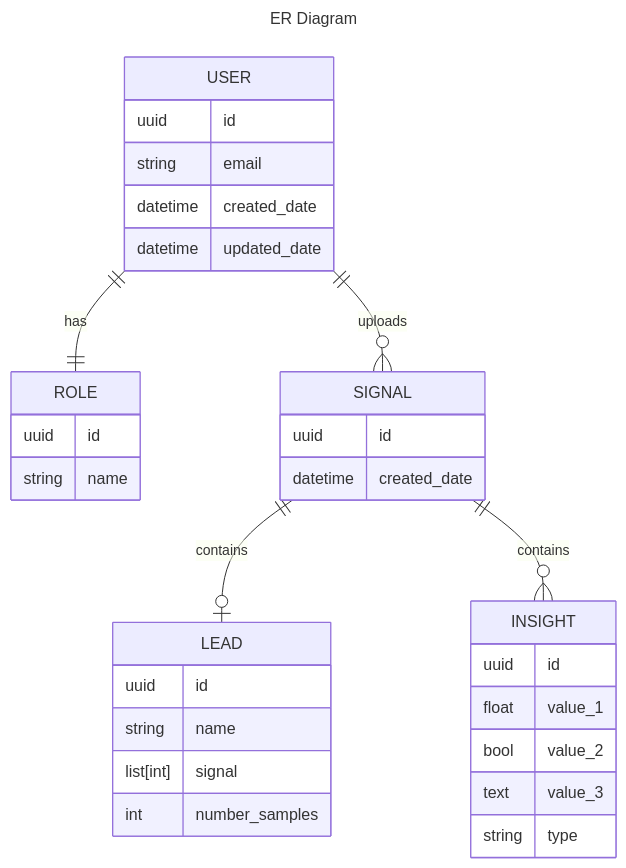
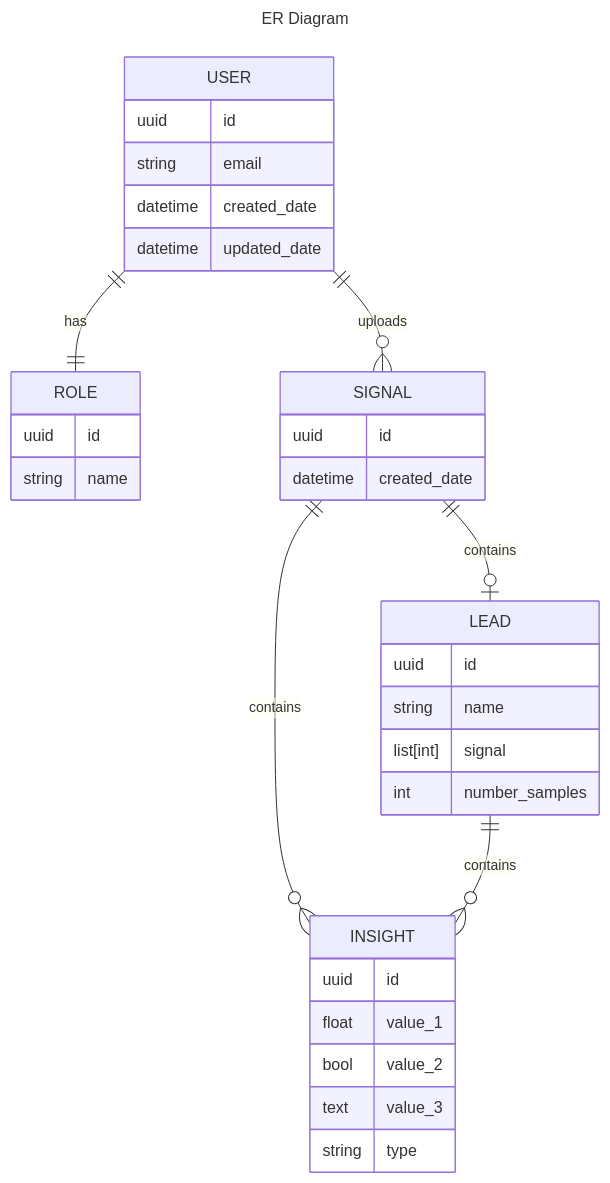
The diagram in README.md (Zelev/cuddly-giggle), drawn with Mermaid before and after one commit. The commit also changed other lines of this file and 44 other files, not shown here.

````diff
--- a/README.md
+++ b/README.md
@@ -29,38 +29,39 @@
 ```mermaid
 ---
 title: ER Diagram
 ---
 erDiagram
 
     USER {
         uuid id
         string email
         datetime created_date
         datetime updated_date
     }
     ROLE {
         uuid id
         string name
     }
     SIGNAL {
         uuid id
         datetime created_date
     }
     LEAD {
         uuid id
         string name
         list[int] signal
         int number_samples
     }
     INSIGHT {
         uuid id
         float value_1
         bool value_2
         text value_3
         string type
     }
     USER ||--|| ROLE : has
     USER ||--o{ SIGNAL : uploads
     SIGNAL ||--o| LEAD : contains
     SIGNAL ||--o{ INSIGHT : contains
+    LEAD ||--o{ INSIGHT : contains
 ```
````
